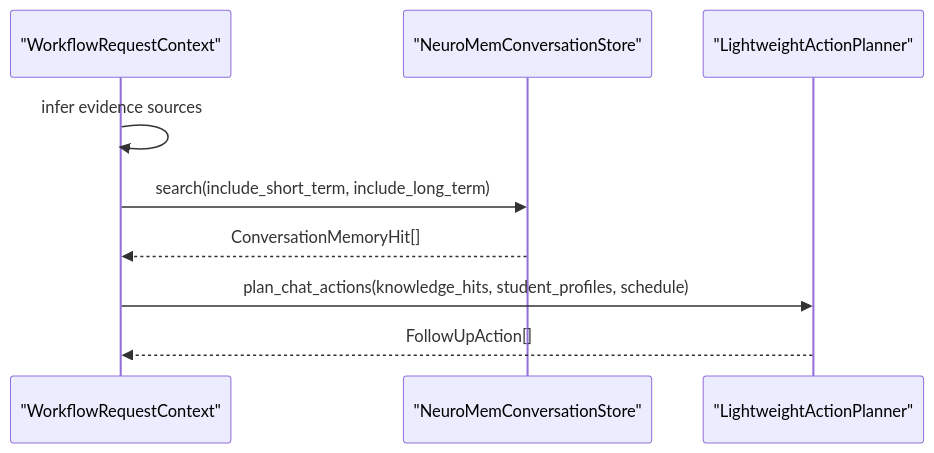
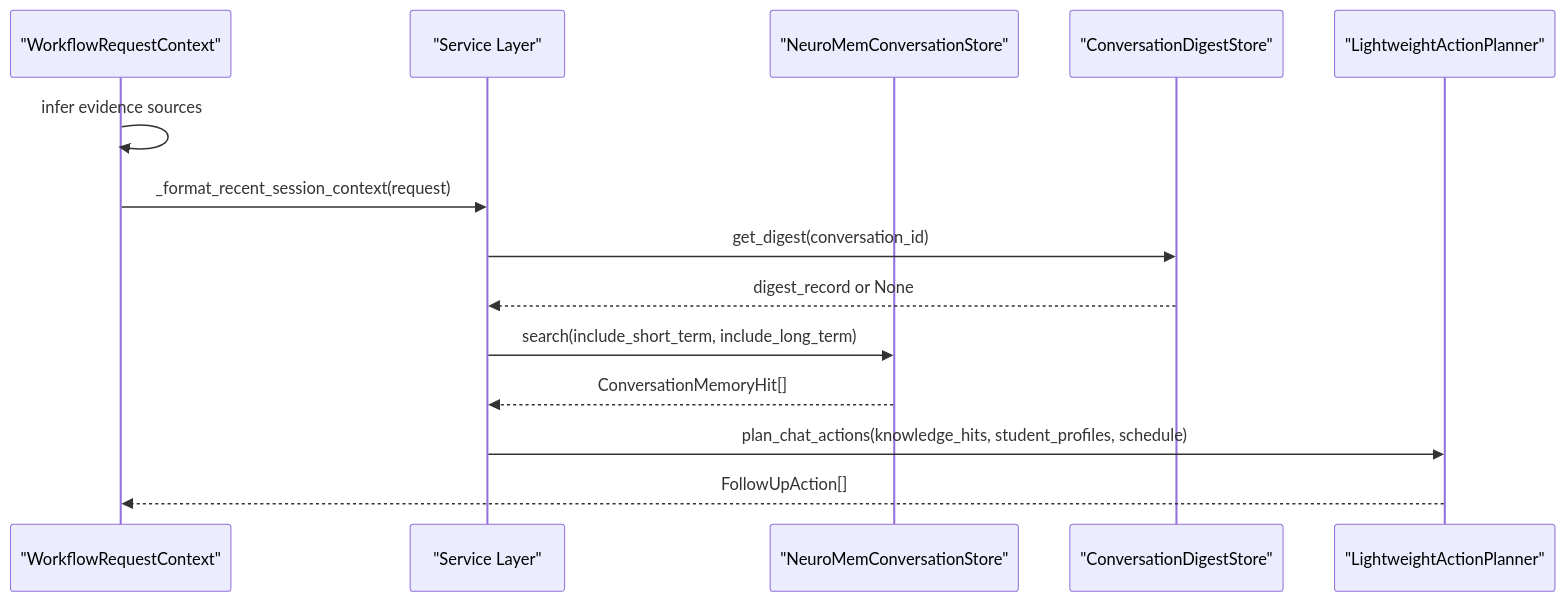
Before and after one commit to intellistream/sage-mate: the ninth of 10 diagrams in .qoder/repowiki/en/content/Memory Systems/Memory Systems.md, drawn with Mermaid. The commit also changed other lines of this file and 136 other files, not shown here.

First line of the commit message:
chore: source updates, bidirectional link graph, data and repowiki refresh

````diff
--- a/.qoder/repowiki/en/content/Memory Systems/Memory Systems.md
+++ b/.qoder/repowiki/en/content/Memory Systems/Memory Systems.md
@@ -413,11 +511,16 @@
 ```mermaid
 sequenceDiagram
 participant WF as "WorkflowRequestContext"
+participant SV as "Service Layer"
 participant MS as "NeuroMemConversationStore"
+participant DS as "ConversationDigestStore"
 participant LP as "LightweightActionPlanner"
 WF->>WF : infer evidence sources
-WF->>MS : search(include_short_term, include_long_term)
-MS-->>WF : ConversationMemoryHit[]
-WF->>LP : plan_chat_actions(knowledge_hits, student_profiles, schedule)
+WF->>SV : _format_recent_session_context(request)
+SV->>DS : get_digest(conversation_id)
+DS-->>SV : digest_record or None
+SV->>MS : search(include_short_term, include_long_term)
+MS-->>SV : ConversationMemoryHit[]
+SV->>LP : plan_chat_actions(knowledge_hits, student_profiles, schedule)
 LP-->>WF : FollowUpAction[]
 ```
````
